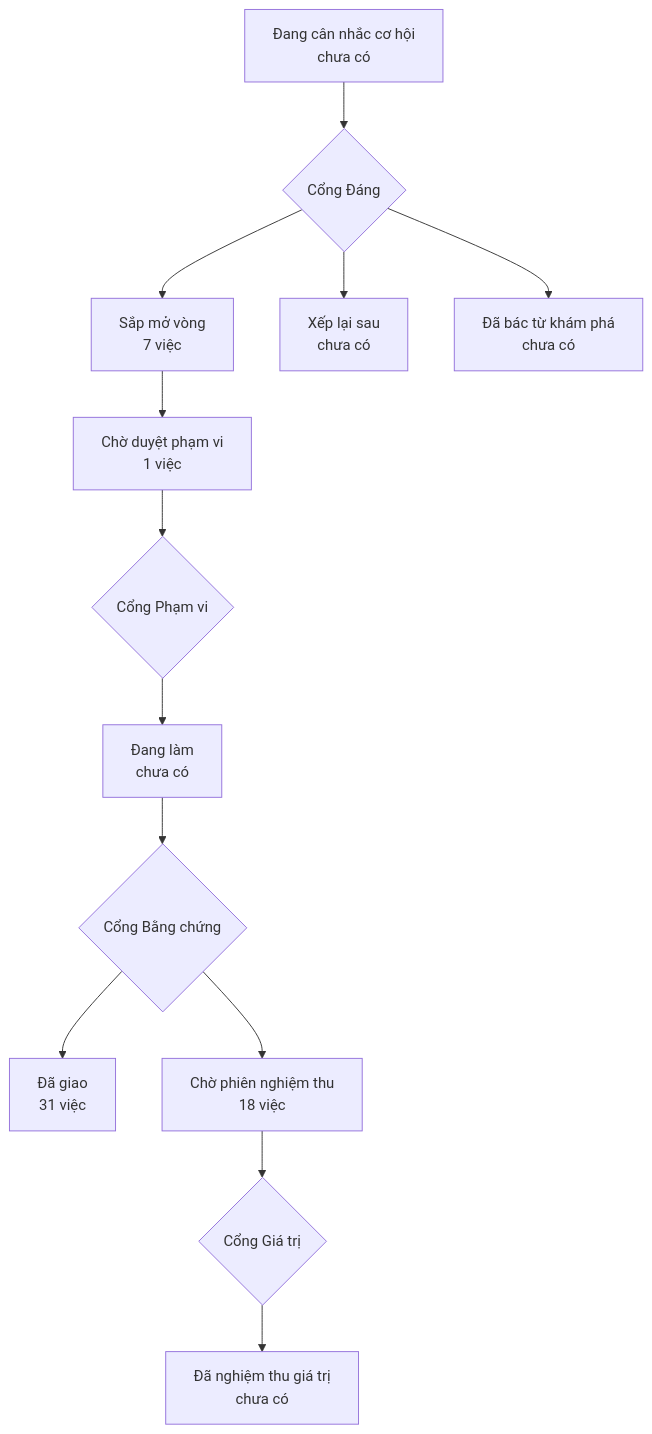
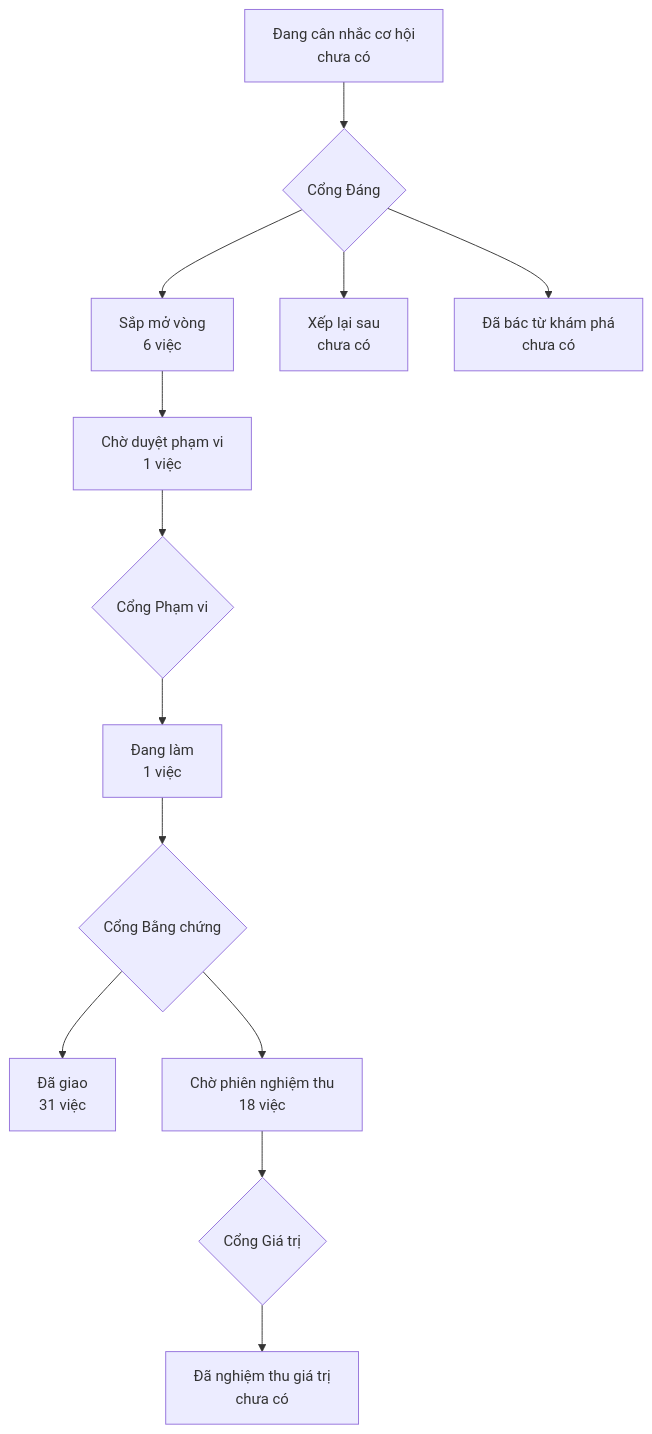
Before and after one commit to phanlemanh/onehub-invest: the diagram in PRODUCT-MAP.md, drawn with Mermaid. The commit also changed other lines of this file and 36 other files, not shown here.

````diff
--- a/PRODUCT-MAP.md
+++ b/PRODUCT-MAP.md
@@ -7,12 +7,12 @@
 ```mermaid
 flowchart TD
   A["Đang cân nhắc cơ hội<br/>chưa có"] --> GD{"Cổng Đáng"}
-  GD --> B["Sắp mở vòng<br/>7 việc"]
+  GD --> B["Sắp mở vòng<br/>6 việc"]
   GD --> XL["Xếp lại sau<br/>chưa có"]
   GD --> DB["Đã bác từ khám phá<br/>chưa có"]
   B --> CD["Chờ duyệt phạm vi<br/>1 việc"] --> GP{"Cổng Phạm vi"}
-  GP --> DL["Đang làm<br/>chưa có"] --> GB{"Cổng Bằng chứng"}
+  GP --> DL["Đang làm<br/>1 việc"] --> GB{"Cổng Bằng chứng"}
   GB --> DG["Đã giao<br/>31 việc"]
   GB --> CN["Chờ phiên nghiệm thu<br/>18 việc"] --> GG{"Cổng Giá trị"}
   GG --> NT["Đã nghiệm thu giá trị<br/>chưa có"]
 ```
````
